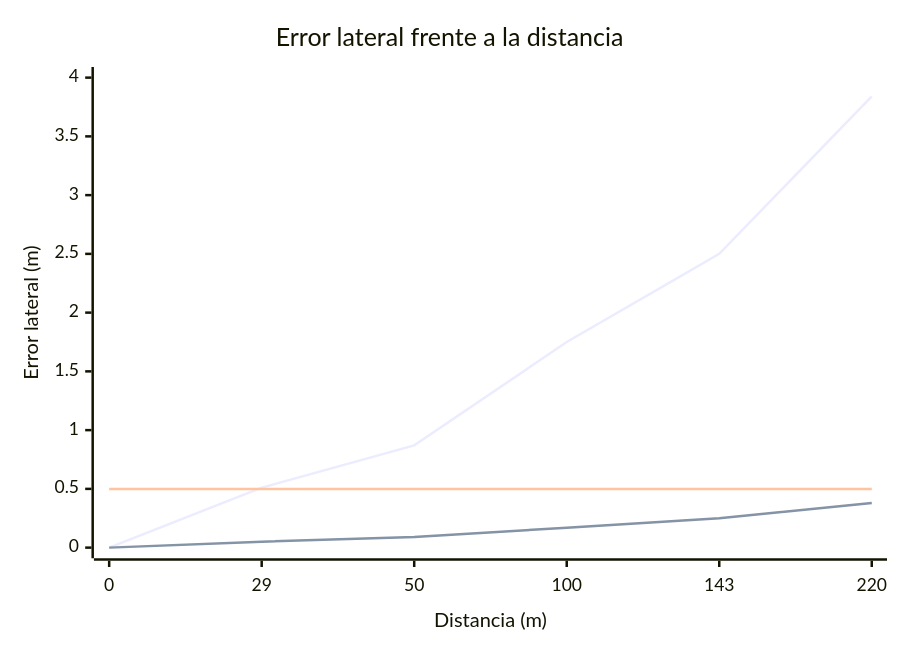
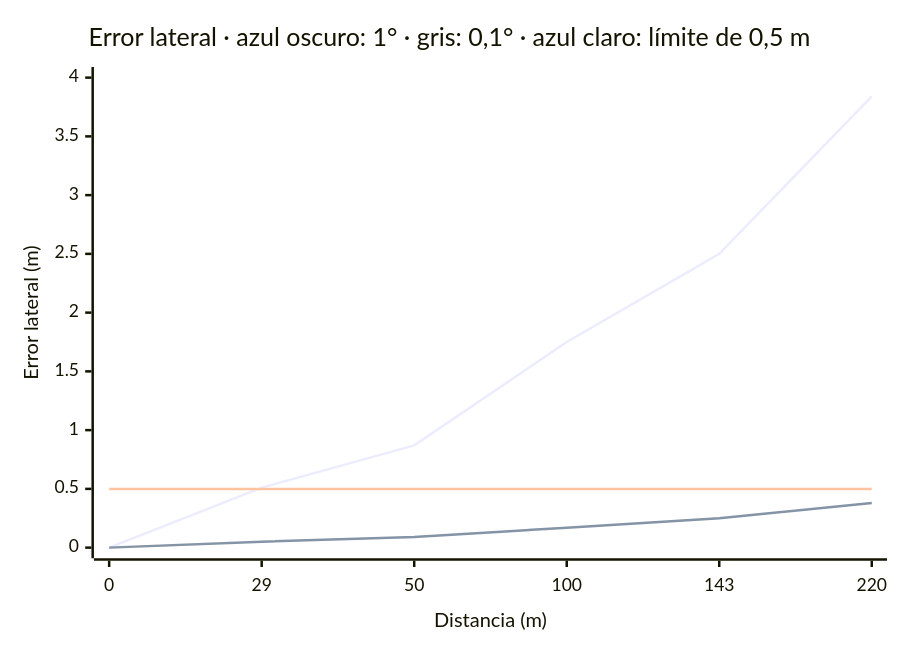
The diagram in docs/02-diseno/diagramas/error-lateral.mmd (buzondealiciagarcia-cmyk/prueba-tecnica-saf), drawn with Mermaid before and after one commit. The commit also changed 3 other files, not shown here.

First line of the commit message:
docs(design): add legend to lateral error chart

```diff
--- a/docs/02-diseno/diagramas/error-lateral.mmd
+++ b/docs/02-diseno/diagramas/error-lateral.mmd
@@ -1,7 +1,7 @@
 xychart-beta
-  title "Error lateral frente a la distancia"
+  title "Error lateral · azul oscuro: 1° · gris: 0,1° · azul claro: límite de 0,5 m"
   x-axis "Distancia (m)" [0, 29, 50, 100, 143, 220]
   y-axis "Error lateral (m)" 0 --> 4
   line [0, 0.51, 0.87, 1.75, 2.5, 3.84]
   line [0, 0.05, 0.09, 0.17, 0.25, 0.38]
   line [0.5, 0.5, 0.5, 0.5, 0.5, 0.5]
```
